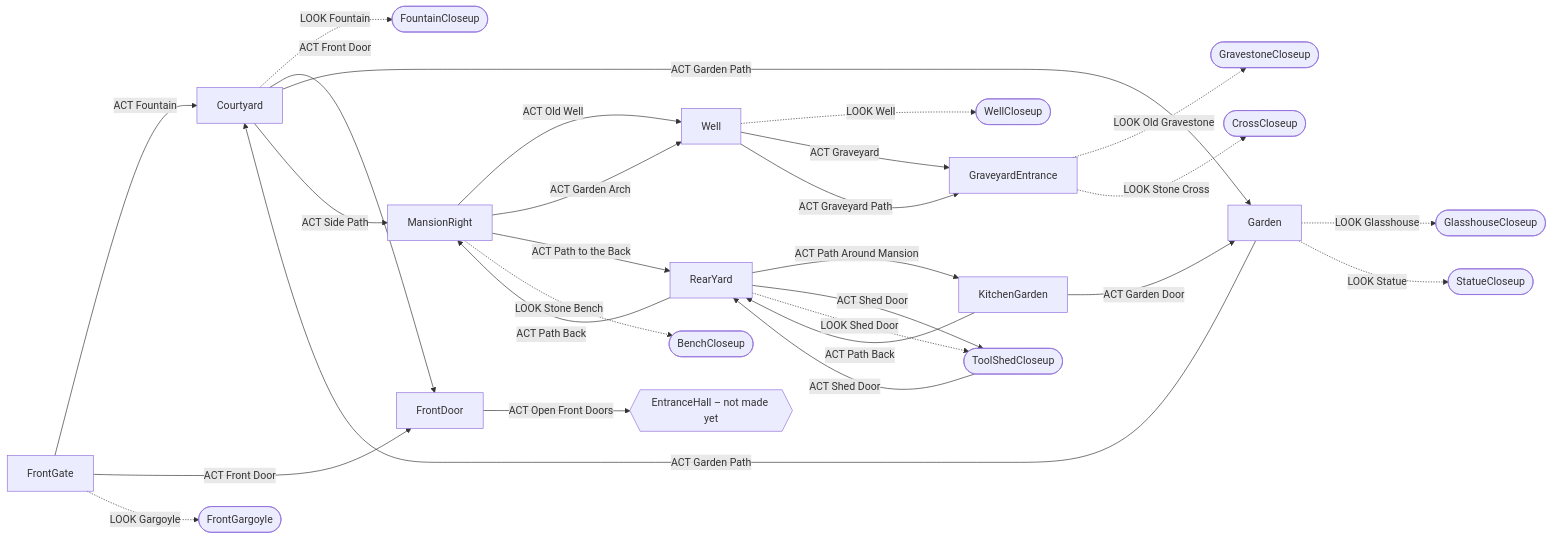
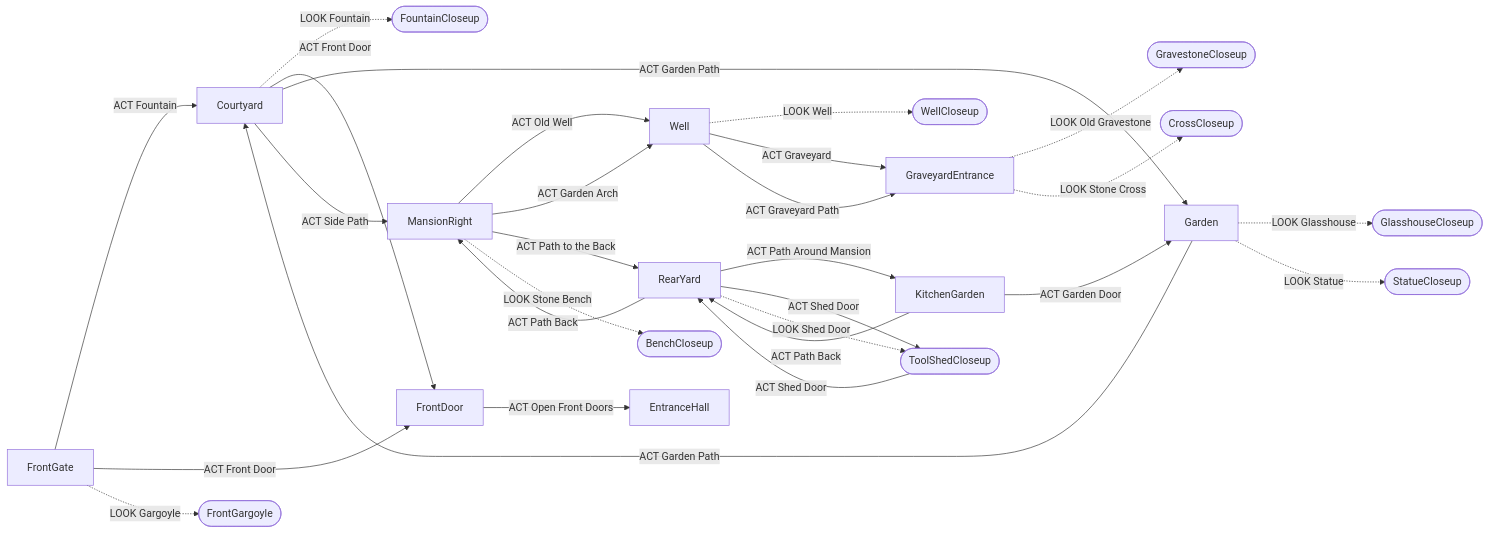
Before and after one commit to jamesmcmahondk-oss/The-Mansion: the diagram in SCENES.md, drawn with Mermaid. The commit also changed other lines of this file and 6 other files, not shown here.

First line of the commit message:
Entrance Hall scene

````diff
--- a/SCENES.md
+++ b/SCENES.md
@@ -9,49 +9,49 @@
 ```mermaid
 flowchart LR
     FrontGate["FrontGate"]
     FountainCloseup(["FountainCloseup"])
     Courtyard["Courtyard"]
     Garden["Garden"]
     StatueCloseup(["StatueCloseup"])
     GlasshouseCloseup(["GlasshouseCloseup"])
     MansionRight["MansionRight"]
     RearYard["RearYard"]
     ToolShedCloseup(["ToolShedCloseup"])
     KitchenGarden["KitchenGarden"]
     BenchCloseup(["BenchCloseup"])
     Well["Well"]
     GraveyardEntrance["GraveyardEntrance"]
     WellCloseup(["WellCloseup"])
     CrossCloseup(["CrossCloseup"])
     GravestoneCloseup(["GravestoneCloseup"])
     FrontGargoyle(["FrontGargoyle"])
     FrontDoor["FrontDoor"]
+    EntranceHall["EntranceHall"]
     FrontGate -->|ACT Fountain| Courtyard
     FrontGate -->|ACT Front Door| FrontDoor
     FrontGate -.->|LOOK Gargoyle| FrontGargoyle
     Courtyard -.->|LOOK Fountain| FountainCloseup
     Courtyard -->|ACT Front Door| FrontDoor
     Courtyard -->|ACT Garden Path| Garden
     Courtyard -->|ACT Side Path| MansionRight
     Garden -.->|LOOK Glasshouse| GlasshouseCloseup
     Garden -->|ACT Garden Path| Courtyard
     Garden -.->|LOOK Statue| StatueCloseup
     MansionRight -->|ACT Old Well| Well
     MansionRight -->|ACT Garden Arch| Well
     MansionRight -->|ACT Path to the Back| RearYard
     MansionRight -.->|LOOK Stone Bench| BenchCloseup
     RearYard -->|ACT Path Back| MansionRight
     RearYard -->|ACT Path Around Mansion| KitchenGarden
     RearYard -->|ACT Shed Door| ToolShedCloseup
     RearYard -.->|LOOK Shed Door| ToolShedCloseup
     ToolShedCloseup -->|ACT Shed Door| RearYard
     KitchenGarden -->|ACT Garden Door| Garden
     KitchenGarden -->|ACT Path Back| RearYard
     Well -.->|LOOK Well| WellCloseup
     Well -->|ACT Graveyard| GraveyardEntrance
     Well -->|ACT Graveyard Path| GraveyardEntrance
     GraveyardEntrance -.->|LOOK Old Gravestone| GravestoneCloseup
     GraveyardEntrance -.->|LOOK Stone Cross| CrossCloseup
     FrontDoor -->|ACT Open Front Doors| EntranceHall
-    EntranceHall{{"EntranceHall – not made yet"}}
 ```
````
